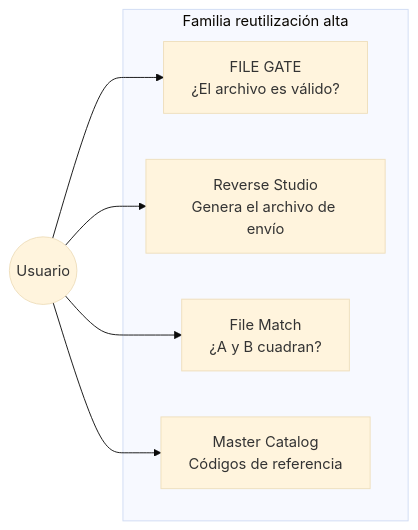
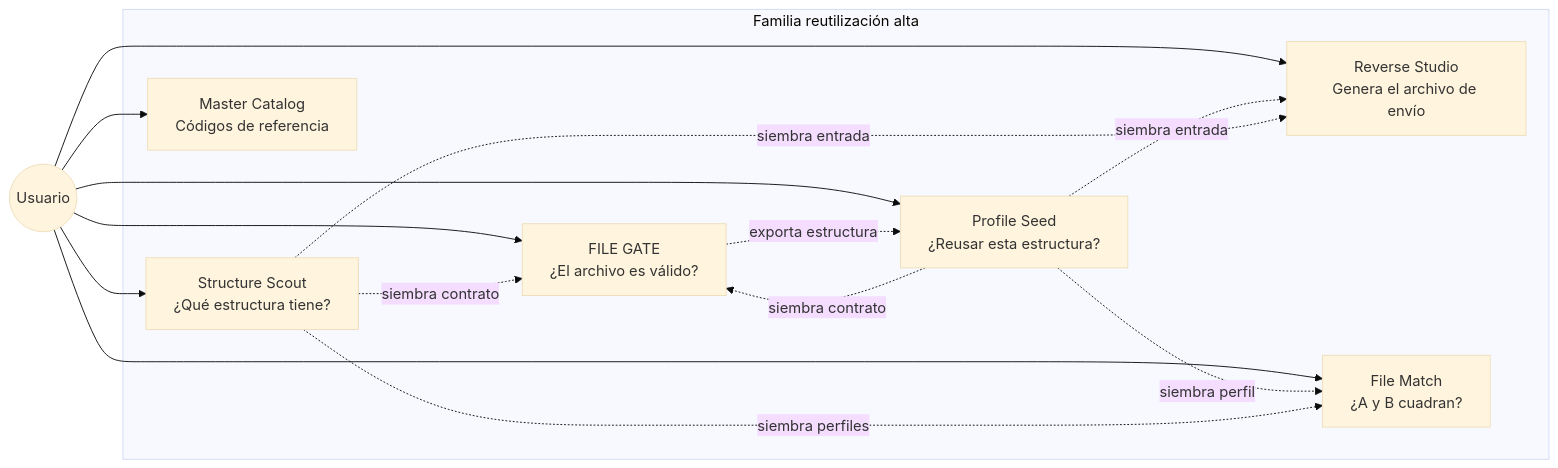
One commit to IrvingSAP/DynamicWorkspace_Railway changed the first of 7 diagrams in docs/APP_FACTORY_HIGH_REUSE.md. Above: the diagram before and after it, drawn with Mermaid (base theme). The commit also changed other lines of this file and 156 other files, not shown here.

````diff
--- a/docs/APP_FACTORY_HIGH_REUSE.md
+++ b/docs/APP_FACTORY_HIGH_REUSE.md
@@ -44,14 +46,25 @@
 ```mermaid
 flowchart LR
     subgraph familia [Familia reutilización alta]
         FG[FILE GATE<br/>¿El archivo es válido?]
         RS[Reverse Studio<br/>Genera el archivo de envío]
         FM[File Match<br/>¿A y B cuadran?]
+        PS[Profile Seed<br/>¿Reusar esta estructura?]
+        SS[Structure Scout<br/>¿Qué estructura tiene?]
         MC[Master Catalog<br/>Códigos de referencia]
     end
     User((Usuario))
     User --> FG
     User --> RS
     User --> FM
+    User --> PS
+    User --> SS
     User --> MC
+    FG -.->|exporta estructura| PS
+    PS -.->|siembra perfil| FM
+    PS -.->|siembra contrato| FG
+    PS -.->|siembra entrada| RS
+    SS -.->|siembra contrato| FG
+    SS -.->|siembra entrada| RS
+    SS -.->|siembra perfiles| FM
 ```
````
